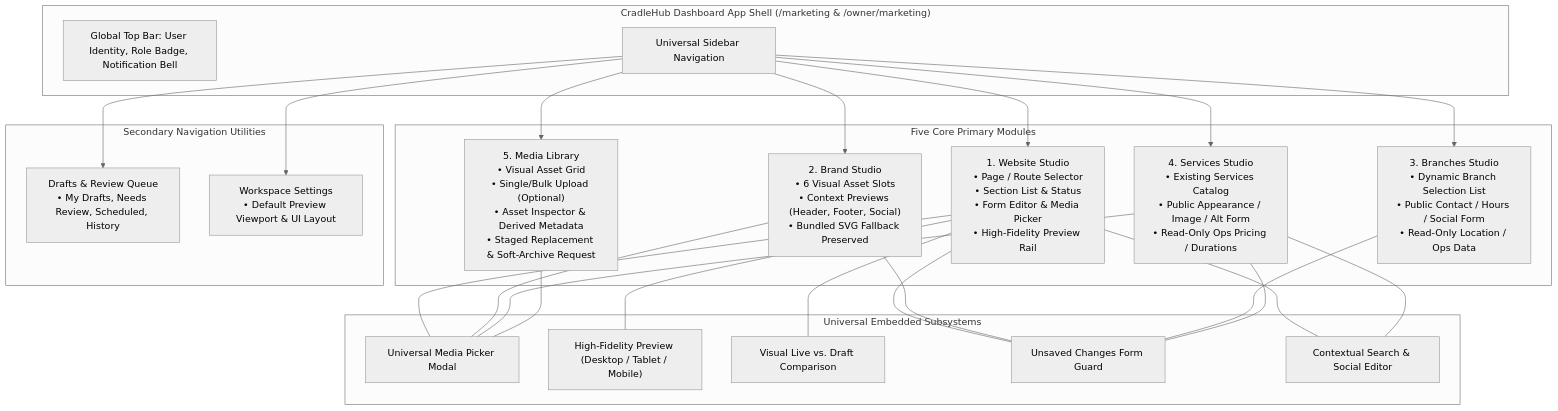
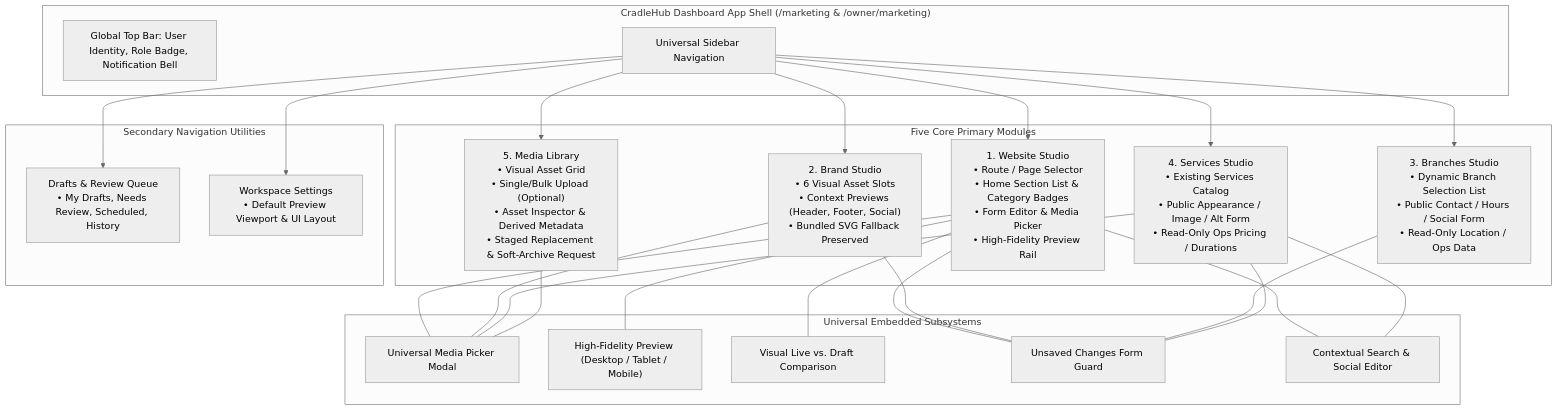
Before and after one commit to techwithmpg/Cradlehub: the first of 2 diagrams in docs/audits/C4_MARKETING_UIUX_WORKFLOW_PLAN.md, drawn with Mermaid (neutral theme). The commit also changed other lines of this file, not shown here.

````diff
--- a/docs/audits/C4_MARKETING_UIUX_WORKFLOW_PLAN.md
+++ b/docs/audits/C4_MARKETING_UIUX_WORKFLOW_PLAN.md
@@ -55,53 +56,53 @@
 ```mermaid
 graph TD
     subgraph AppShell["CradleHub Dashboard App Shell (/marketing & /owner/marketing)"]
         NavTop["Global Top Bar: User Identity, Role Badge, Notification Bell"]
         NavSide["Universal Sidebar Navigation"]
     end
 
     subgraph PrimaryNav["Five Core Primary Modules"]
-        M1["1. Website Studio<br/>• Page / Route Selector<br/>• Section List & Status<br/>• Form Editor & Media Picker<br/>• High-Fidelity Preview Rail"]
+        M1["1. Website Studio<br/>• Route / Page Selector<br/>• Home Section List & Category Badges<br/>• Form Editor & Media Picker<br/>• High-Fidelity Preview Rail"]
         M2["2. Brand Studio<br/>• 6 Visual Asset Slots<br/>• Context Previews (Header, Footer, Social)<br/>• Bundled SVG Fallback Preserved"]
         M3["3. Branches Studio<br/>• Dynamic Branch Selection List<br/>• Public Contact / Hours / Social Form<br/>• Read-Only Location / Ops Data"]
         M4["4. Services Studio<br/>• Existing Services Catalog<br/>• Public Appearance / Image / Alt Form<br/>• Read-Only Ops Pricing / Durations"]
         M5["5. Media Library<br/>• Visual Asset Grid<br/>• Single/Bulk Upload (Optional)<br/>• Asset Inspector & Derived Metadata<br/>• Staged Replacement & Soft-Archive Request"]
     end
 
     subgraph SecondaryViews["Secondary Navigation Utilities"]
         S1["Drafts & Review Queue<br/>• My Drafts, Needs Review, Scheduled, History"]
         S2["Workspace Settings<br/>• Default Preview Viewport & UI Layout"]
     end
 
     subgraph CrossCuttingComponents["Universal Embedded Subsystems"]
         X_PICK["Universal Media Picker Modal"]
         X_PREV["High-Fidelity Preview (Desktop / Tablet / Mobile)"]
         X_DIFF["Visual Live vs. Draft Comparison"]
         X_GUARD["Unsaved Changes Form Guard"]
         X_SEO["Contextual Search & Social Editor"]
     end
 
     NavSide --> M1
     NavSide --> M2
     NavSide --> M3
     NavSide --> M4
     NavSide --> M5
     NavSide --> S1
     NavSide --> S2
 
     M1 --- X_PREV
     M1 --- X_PICK
     M1 --- X_SEO
     M1 --- X_DIFF
     M1 --- X_GUARD
 
     M2 --- X_PICK
     M2 --- X_GUARD
 
     M3 --- X_GUARD
 
     M4 --- X_PICK
     M4 --- X_SEO
     M4 --- X_GUARD
 
     M5 --- X_PICK
 ```
````
